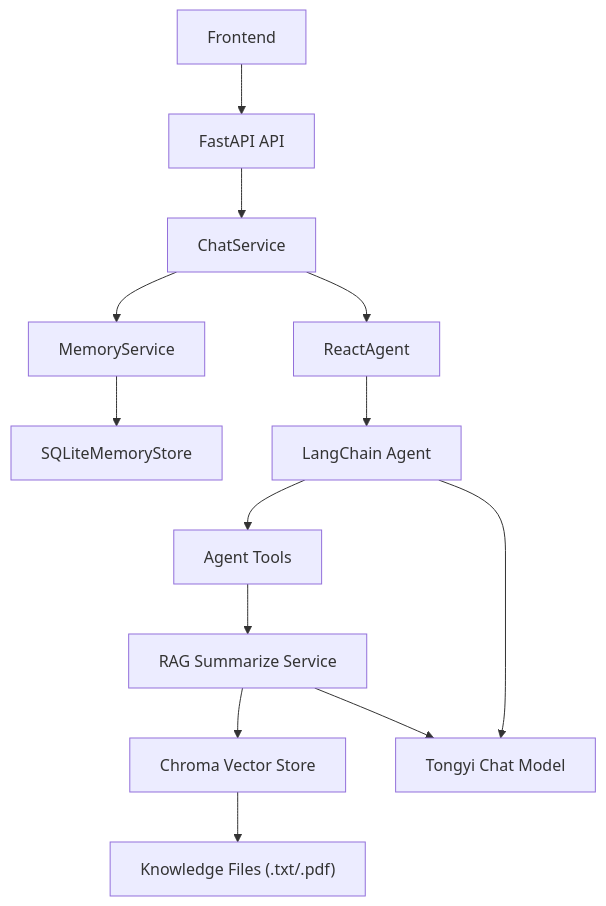
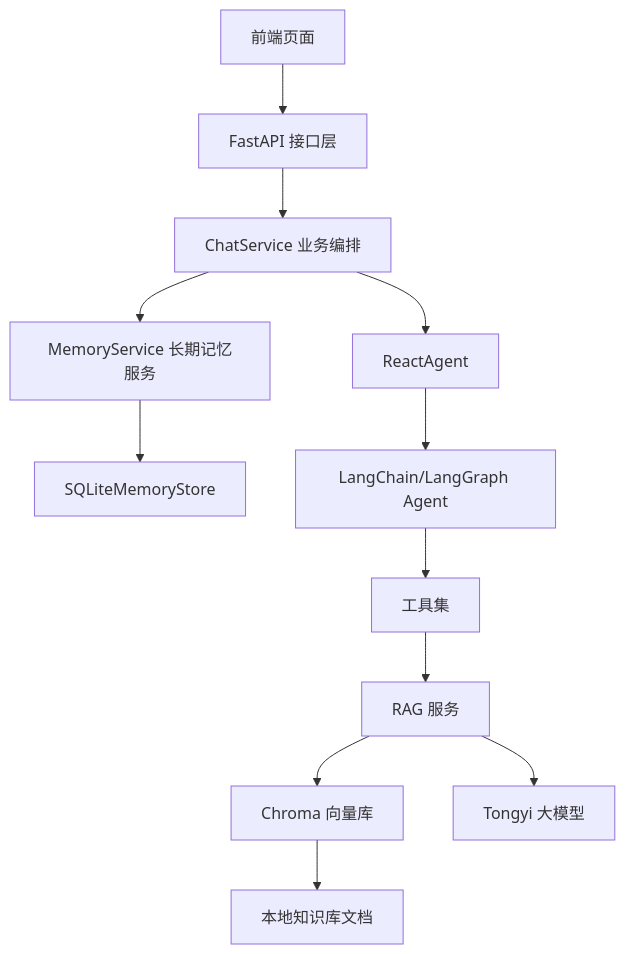
The diagram in 技术文档.md (zhao2-p/customer-service-agent), drawn with Mermaid before and after one commit. The commit also changed other lines of this file and 4 other files, not shown here.

````diff
--- a/技术文档.md
+++ b/技术文档.md
@@ -50,15 +129,14 @@
 ```mermaid
 flowchart TD
-    A["Frontend"] --> B["FastAPI API"]
-    B --> C["ChatService"]
-    C --> D["MemoryService"]
+    A["前端页面"] --> B["FastAPI 接口层"]
+    B --> C["ChatService 业务编排"]
+    C --> D["MemoryService 长期记忆服务"]
     C --> E["ReactAgent"]
     D --> F["SQLiteMemoryStore"]
-    E --> G["LangChain Agent"]
-    G --> H["Agent Tools"]
-    H --> I["RAG Summarize Service"]
-    I --> J["Chroma Vector Store"]
-    I --> K["Tongyi Chat Model"]
-    J --> L["Knowledge Files (.txt/.pdf)"]
-    G --> K
+    E --> G["LangChain/LangGraph Agent"]
+    G --> H["工具集"]
+    H --> I["RAG 服务"]
+    I --> J["Chroma 向量库"]
+    I --> K["Tongyi 大模型"]
+    J --> L["本地知识库文档"]
 ```
````
